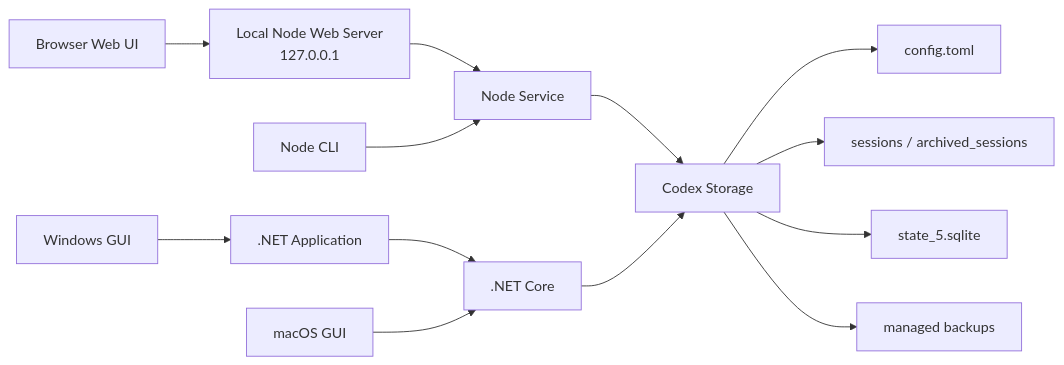
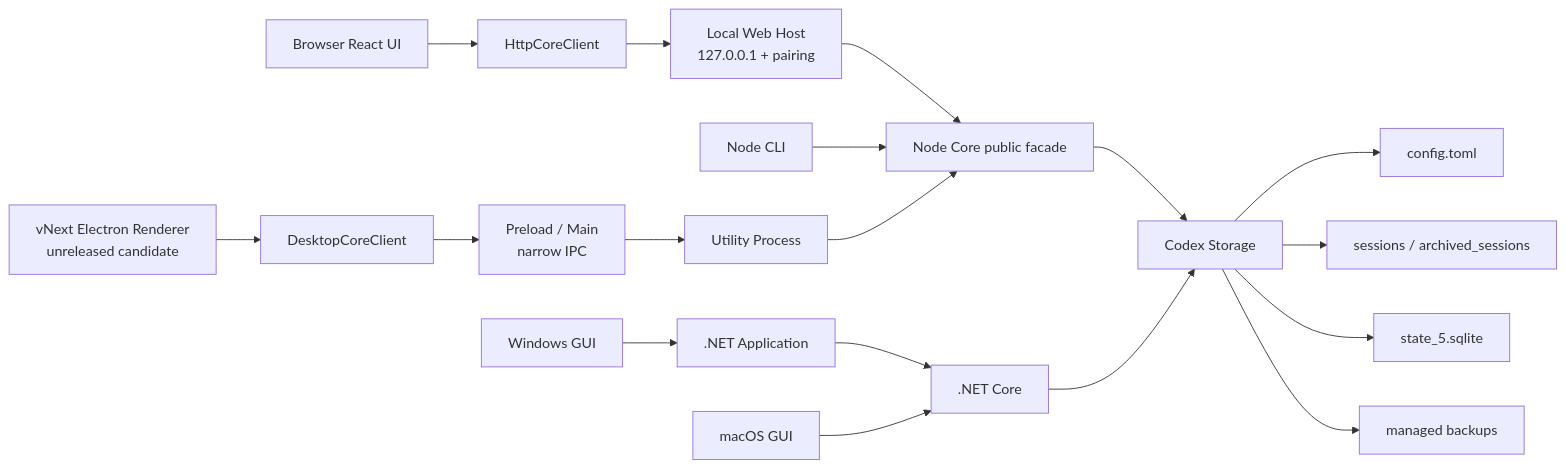
The diagram in docs/README_EN.md (Dailin521/codex-provider-sync), drawn with Mermaid before and after one commit. The commit also changed other lines of this file and 21 other files, not shown here.

````diff
--- a/docs/README_EN.md
+++ b/docs/README_EN.md
@@ -116,18 +120,24 @@
 ```mermaid
 flowchart LR
-    Browser["Browser Web UI"] --> WebServer["Local Node Web Server<br/>127.0.0.1"]
-    WebServer --> NodeService["Node Service"]
-    CLI["Node CLI"] --> NodeService
+    Browser["Browser React UI"] --> HttpClient["HttpCoreClient"]
+    HttpClient --> WebServer["Local Web Host<br/>127.0.0.1 + pairing"]
+    WebServer --> NodeCore["Node Core public facade"]
+    CLI["Node CLI"] --> NodeCore
+
+    ElectronRenderer["vNext Electron Renderer<br/>unreleased candidate"] --> DesktopClient["DesktopCoreClient"]
+    DesktopClient --> ElectronHost["Preload / Main<br/>narrow IPC"]
+    ElectronHost --> Utility["Utility Process"]
+    Utility --> NodeCore
 
     WindowsGUI["Windows GUI"] --> Application[".NET Application"]
     Application --> DotNetCore[".NET Core"]
     MacGUI["macOS GUI"] --> DotNetCore
 
-    NodeService --> Storage["Codex Storage"]
+    NodeCore --> Storage["Codex Storage"]
     DotNetCore --> Storage
 
     Storage --> Config["config.toml"]
     Storage --> Rollouts["sessions / archived_sessions"]
     Storage --> SQLite["state_5.sqlite"]
     Storage --> Backups["managed backups"]
 ```
````
